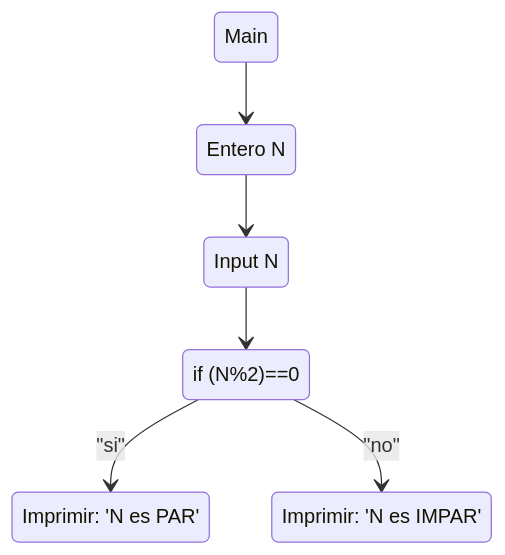
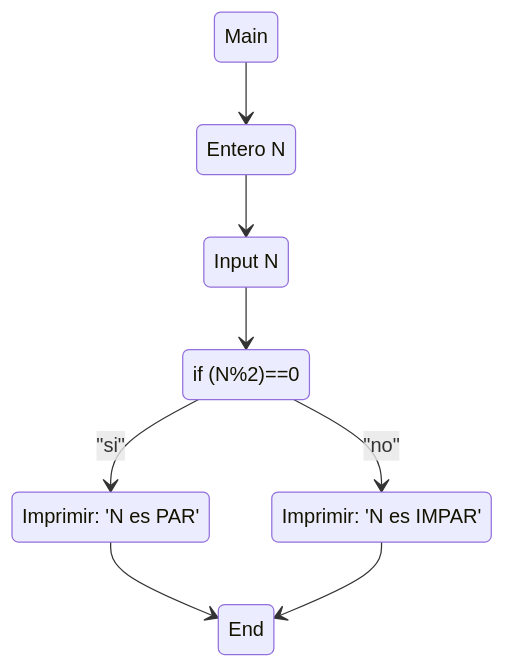
One commit to ValentinJM/TP-8 changed the diagram in Ejercicios/1.md. Above: the diagram before and after it, drawn with Mermaid.

````diff
--- a/Ejercicios/1.md
+++ b/Ejercicios/1.md
@@ -3,13 +3,15 @@
 ```mermaid
 stateDiagram-v2
 state "Entero N" as N
 state "Input N" as N1
 state "if (N%2)==0" as COND
 state "Imprimir: 'N es PAR'" as RES1
 state "Imprimir: 'N es IMPAR'" as RES2
     Main --> N
     N --> N1
     N1 --> COND
     COND --> RES1 : "si"
     COND --> RES2 : "no"
+    RES1 --> End
+    RES2 --> End
 ```
````
